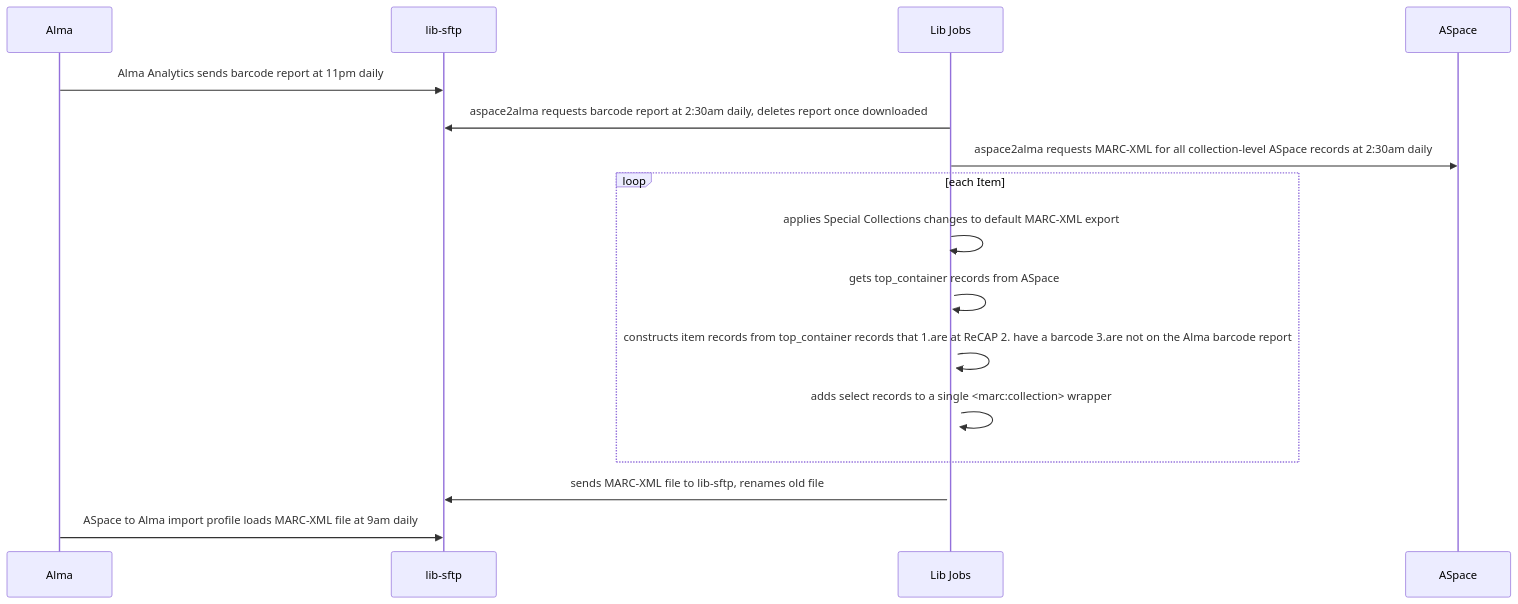
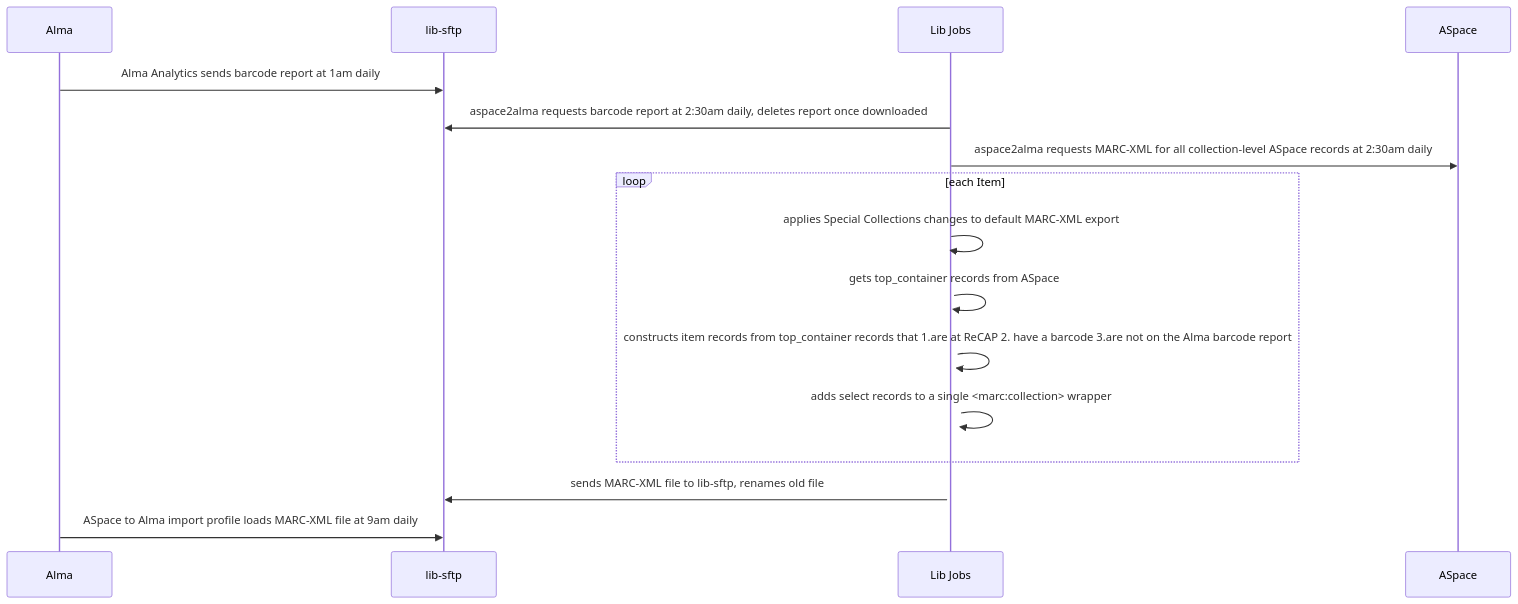
Before and after one commit to pulibrary/lib_jobs: the diagram in docs/aspace2alma/readme.md, drawn with Mermaid.

````diff
--- a/docs/aspace2alma/readme.md
+++ b/docs/aspace2alma/readme.md
@@ -3,25 +3,25 @@
 ```mermaid
 sequenceDiagram
 accTitle: Diagram depicting loading select records from ArchivesSpace to Alma.
 accDescr {
-  Alma Analytics sends barcode report at 11pm daily.
+  Alma Analytics sends barcode report at 1am daily.
   aspace2alma requests barcode report at 2:30am daily; deletes report once downloaded.
   aspace2alma requests MARC-XML for all collection-level ASpace records at 2:30am daily.
   Lib Jobs applies Special Collections changes to default MARC-XML export and adds select records to a single <marc:collection> wrapper.
   Lib Jobs gets top_container records from ASpace.
   Lib Jobs constructs item records from top_container records that 1.are at ReCAP 2. have a barcode 3.are not on the Alma barcode report.
   Lib Jobs sends MARC-XML file to lib-sftp; renames old file.
   ASpace to Alma imports profile loads MARC-XML file at 9am daily.
 }
-Alma->>lib-sftp: Alma Analytics sends barcode report at 11pm daily
+Alma->>lib-sftp: Alma Analytics sends barcode report at 1am daily
 Lib Jobs->>lib-sftp: aspace2alma requests barcode report at 2:30am daily, deletes report once downloaded
 Lib Jobs->>ASpace: aspace2alma requests MARC-XML for all collection-level ASpace records at 2:30am daily
 loop each Item
   Lib Jobs->>+Lib Jobs: applies Special Collections changes to default MARC-XML export
   Lib Jobs->>+Lib Jobs: gets top_container records from ASpace
   Lib Jobs->>+Lib Jobs: constructs item records from top_container records that 1.are at ReCAP 2. have a barcode 3.are not on the Alma barcode report
   Lib Jobs->>+Lib Jobs: adds select records to a single <marc:collection> wrapper
 end
 Lib Jobs->>lib-sftp: sends MARC-XML file to lib-sftp, renames old file
 Alma->>lib-sftp: ASpace to Alma import profile loads MARC-XML file at 9am daily
 ```
````
